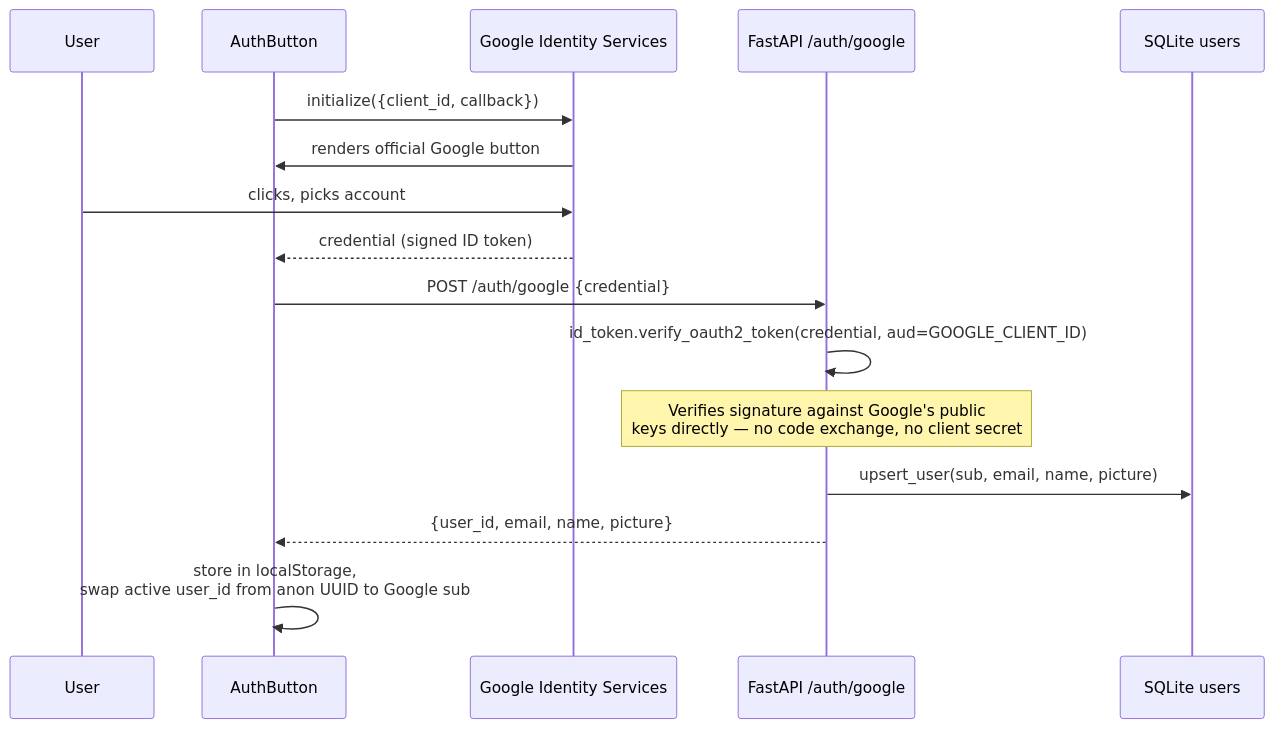
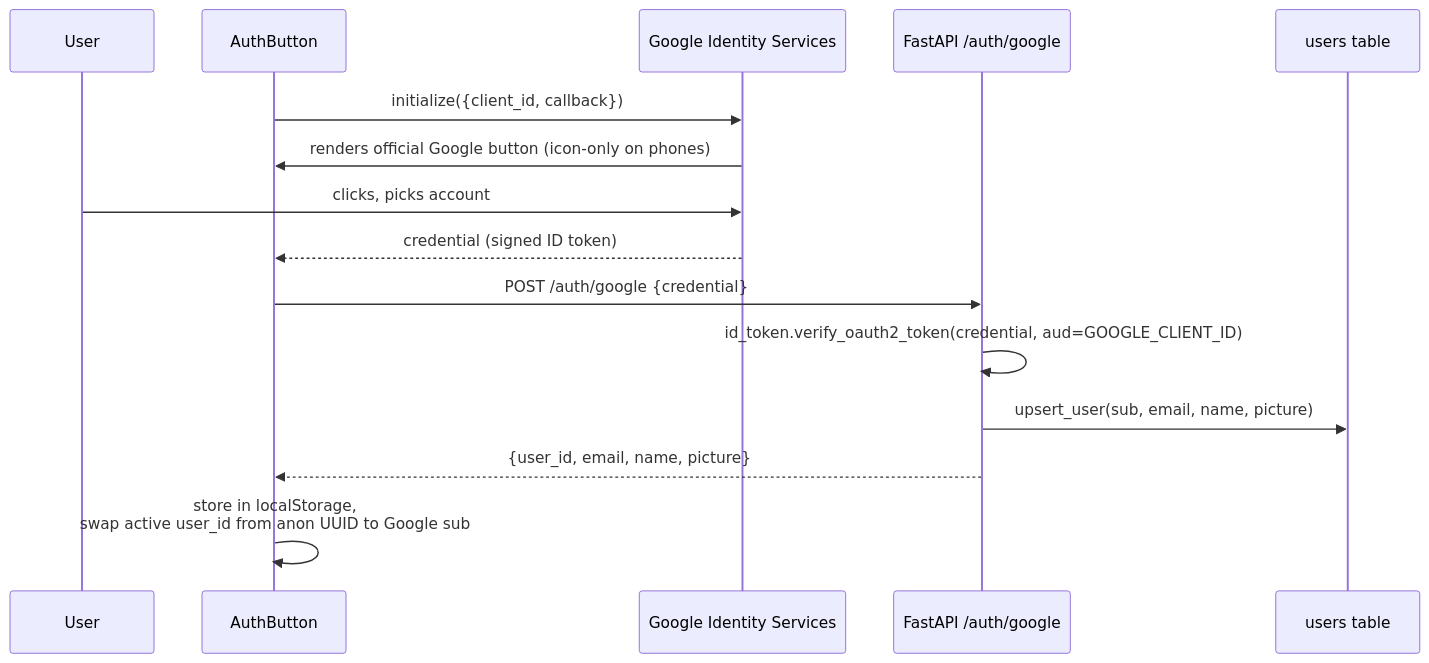
Before and after one commit to ask-anannya/Wabi-Sabi: the seventh of 10 diagrams in ARCHITECTURE.md, drawn with Mermaid. The commit also changed other lines of this file and 4 other files, not shown here.

Commit message:
Docs: bring architecture, README, About and grounding docs up to date

````diff
--- a/ARCHITECTURE.md
+++ b/ARCHITECTURE.md
@@ -260,19 +378,18 @@
 ```mermaid
 sequenceDiagram
     participant U as User
     participant FE as AuthButton
     participant GIS as Google Identity Services
     participant API as FastAPI /auth/google
-    participant DB as SQLite users
+    participant DB as users table
 
     FE->>GIS: initialize({client_id, callback})
-    GIS->>FE: renders official Google button
+    GIS->>FE: renders official Google button (icon-only on phones)
     U->>GIS: clicks, picks account
     GIS-->>FE: credential (signed ID token)
     FE->>API: POST /auth/google {credential}
     API->>API: id_token.verify_oauth2_token(credential, aud=GOOGLE_CLIENT_ID)
-    Note over API: Verifies signature against Google's public<br/>keys directly — no code exchange, no client secret
     API->>DB: upsert_user(sub, email, name, picture)
     API-->>FE: {user_id, email, name, picture}
     FE->>FE: store in localStorage,<br/>swap active user_id from anon UUID to Google sub
 ```
````
